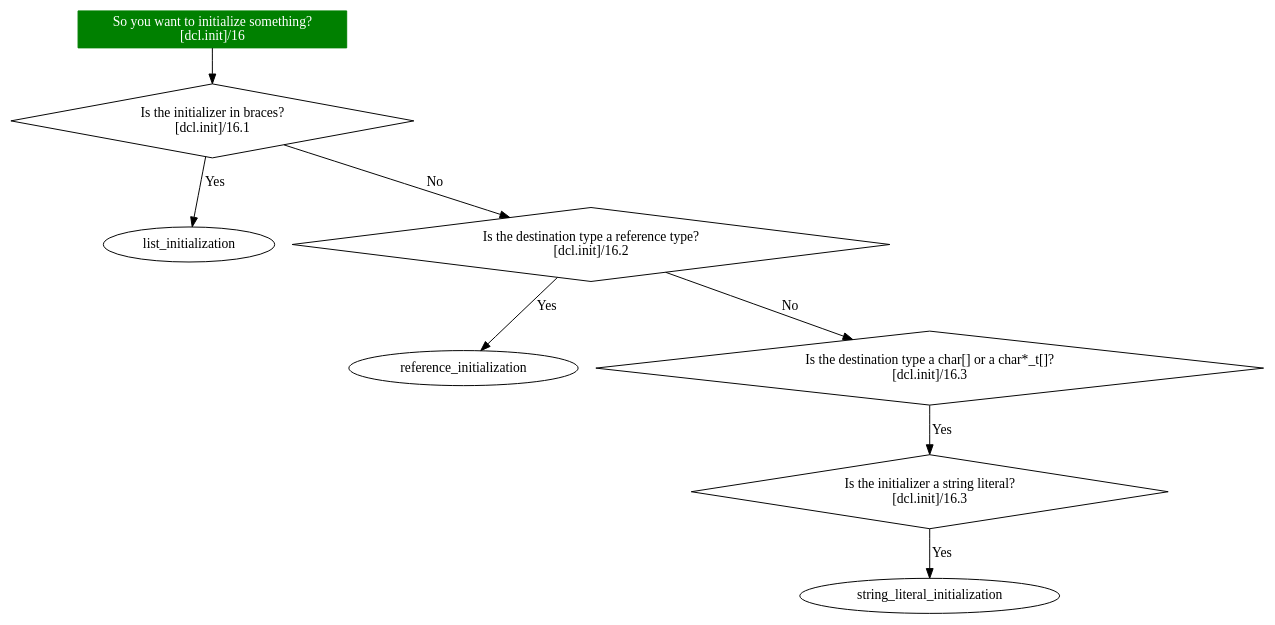
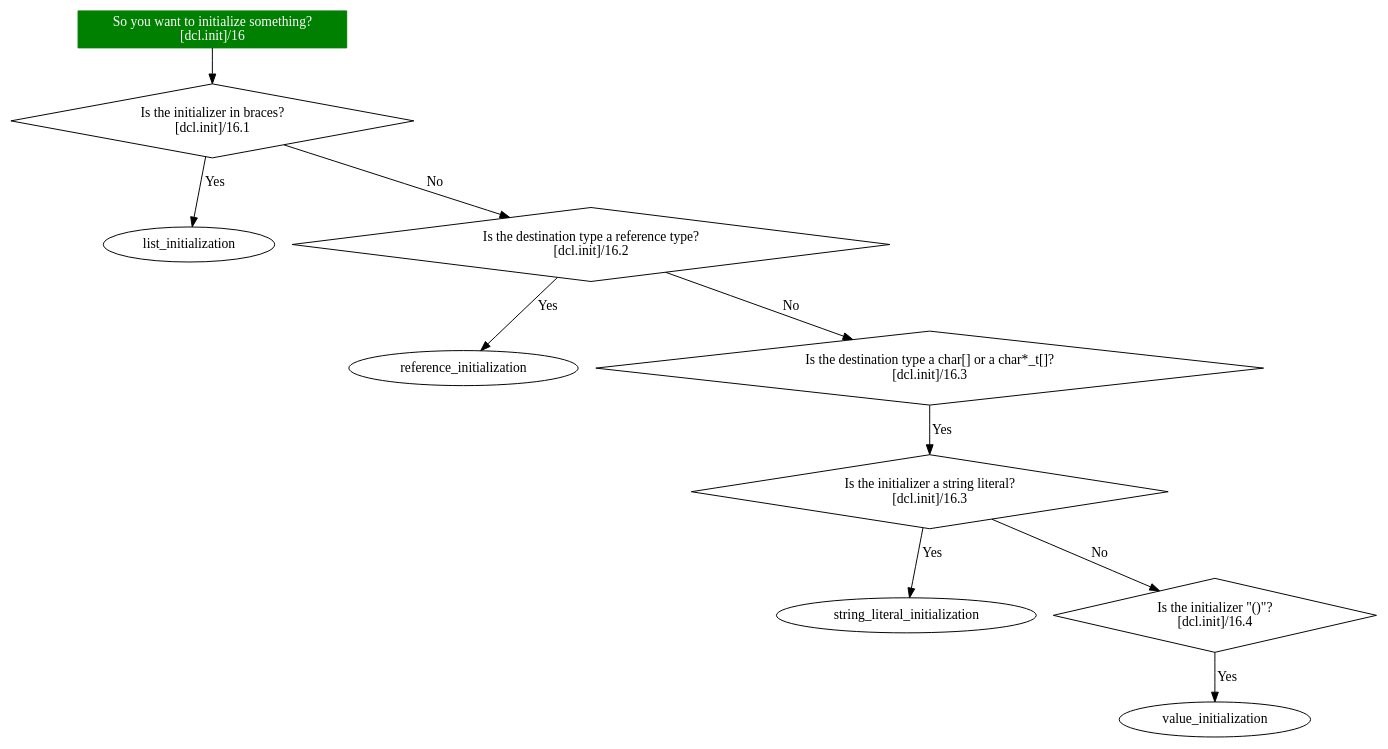
Before and after one commit to randomnetcat/cpp_initialization: the diagram in flowchart.dot, drawn with Graphviz.

Commit message:
Add () initializer question

```diff
--- a/flowchart.dot
+++ b/flowchart.dot
@@ -1,18 +1,22 @@
 digraph initialization {
     start [label="So you want to initialize something?\n[dcl.init]/16", style=filled, fillcolor=green, shape=box, color=green, fontcolor=white]
         start -> is_braced
 
     is_braced [label="Is the initializer in braces?\n[dcl.init]/16.1", shape=diamond]
         is_braced -> list_initialization [label="Yes"]
         is_braced -> is_dest_reference [label="No"]
     
     is_dest_reference [label="Is the destination type a reference type?\n[dcl.init]/16.2", shape=diamond]
         is_dest_reference -> reference_initialization [label="Yes"]
         is_dest_reference -> is_char_arr_init [label="No"]
     
     is_char_arr_init [label="Is the destination type a char[] or a char*_t[]?\n[dcl.init]/16.3", shape=diamond]
         is_char_arr_init -> is_char_arr_literal_init [label="Yes"]
     
     is_char_arr_literal_init [label="Is the initializer a string literal?\n[dcl.init]/16.3", shape=diamond]
         is_char_arr_literal_init -> string_literal_initialization [label="Yes"]
+        is_char_arr_literal_init -> is_initializer_empty_parens [label="No"]
+
+    is_initializer_empty_parens [label="Is the initializer \"()\"?\n[dcl.init]/16.4", shape=diamond]
+        is_initializer_empty_parens -> value_initialization [label="Yes"]
 }
```
